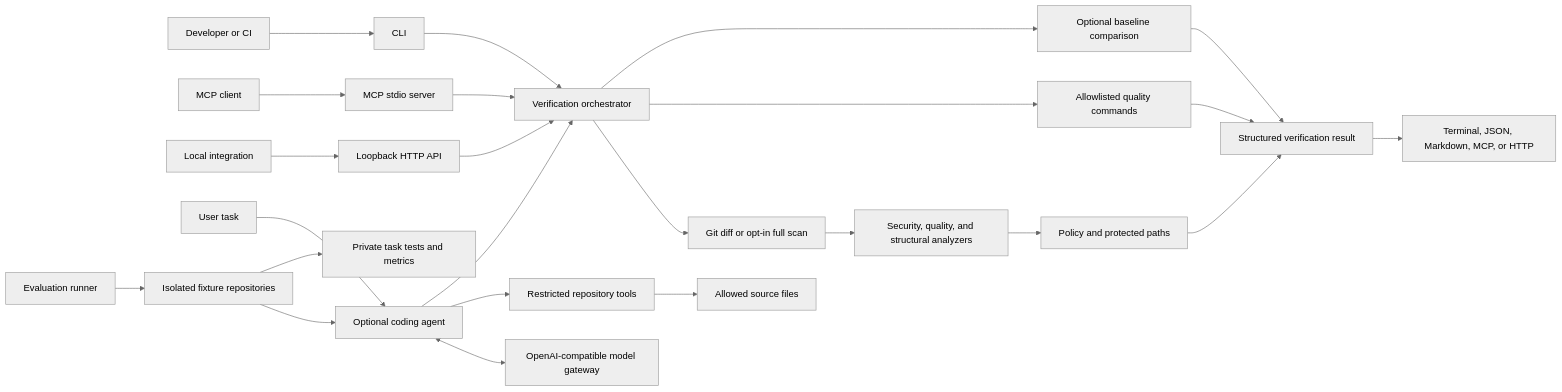
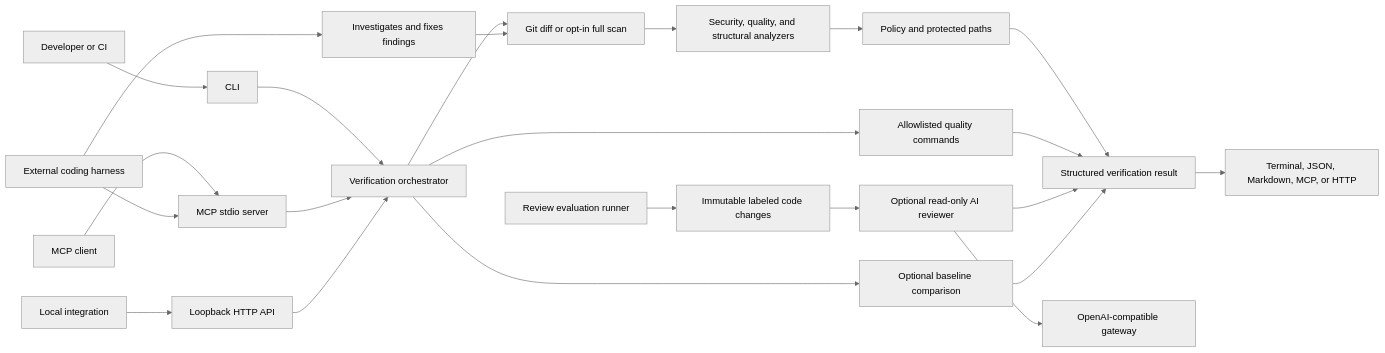
Before and after one commit to Garvity/verify: the diagram in README.md, drawn with Mermaid (neutral theme). The commit also changed other lines of this file and 73 other files, not shown here.

Commit message:
feat: add independent AI code review platform

````diff
--- a/README.md
+++ b/README.md
@@ -50,31 +51,30 @@
 ```mermaid
 flowchart LR
   Dev[Developer or CI] --> CLI[CLI]
   AgentHost[MCP client] --> MCP[MCP stdio server]
   LocalTool[Local integration] --> HTTP[Loopback HTTP API]
 
   CLI --> Core[Verification orchestrator]
   MCP --> Core
   HTTP --> Core
 
   Core --> Git[Git diff or opt-in full scan]
   Git --> Analyze[Security, quality, and structural analyzers]
   Analyze --> Policy[Policy and protected paths]
   Core --> Checks[Allowlisted quality commands]
   Policy --> Result[Structured verification result]
   Checks --> Result
+  Review[Optional read-only AI reviewer] --> Gateway[OpenAI-compatible gateway]
+  Review --> Result
   Result --> Render[Terminal, JSON, Markdown, MCP, or HTTP]
 
   Core --> Baseline[Optional baseline comparison]
   Baseline --> Result
 
-  User[User task] --> CodingAgent[Optional coding agent]
-  CodingAgent <--> Gateway[OpenAI-compatible model gateway]
-  CodingAgent --> Tools[Restricted repository tools]
-  Tools --> Source[Allowed source files]
-  CodingAgent --> Core
+  Harness[External coding harness] --> MCP
+  Harness --> Fixes[Investigates and fixes findings]
+  Fixes --> Git
 
-  Eval[Evaluation runner] --> Fixtures[Isolated fixture repositories]
-  Fixtures --> CodingAgent
-  Fixtures --> Hidden[Private task tests and metrics]
+  Eval[Review evaluation runner] --> Fixtures[Immutable labeled code changes]
+  Fixtures --> Review
 ```
````
